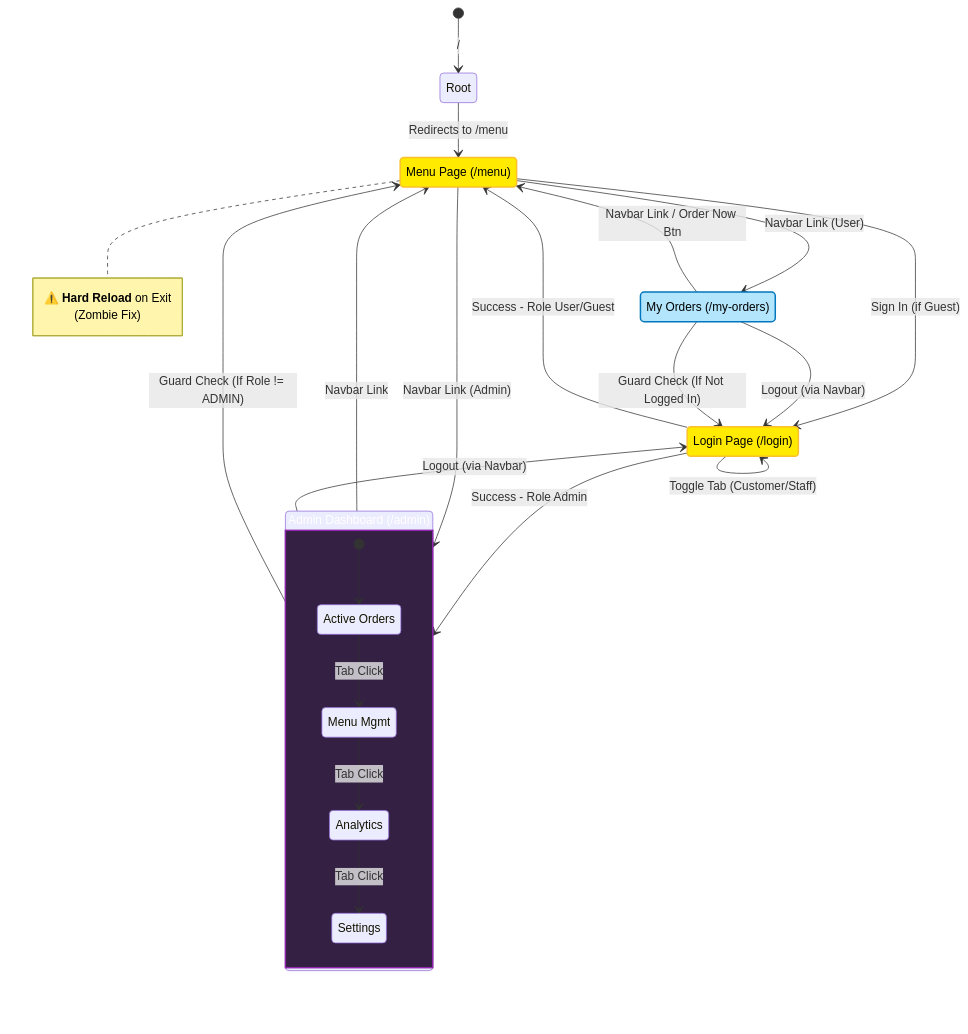
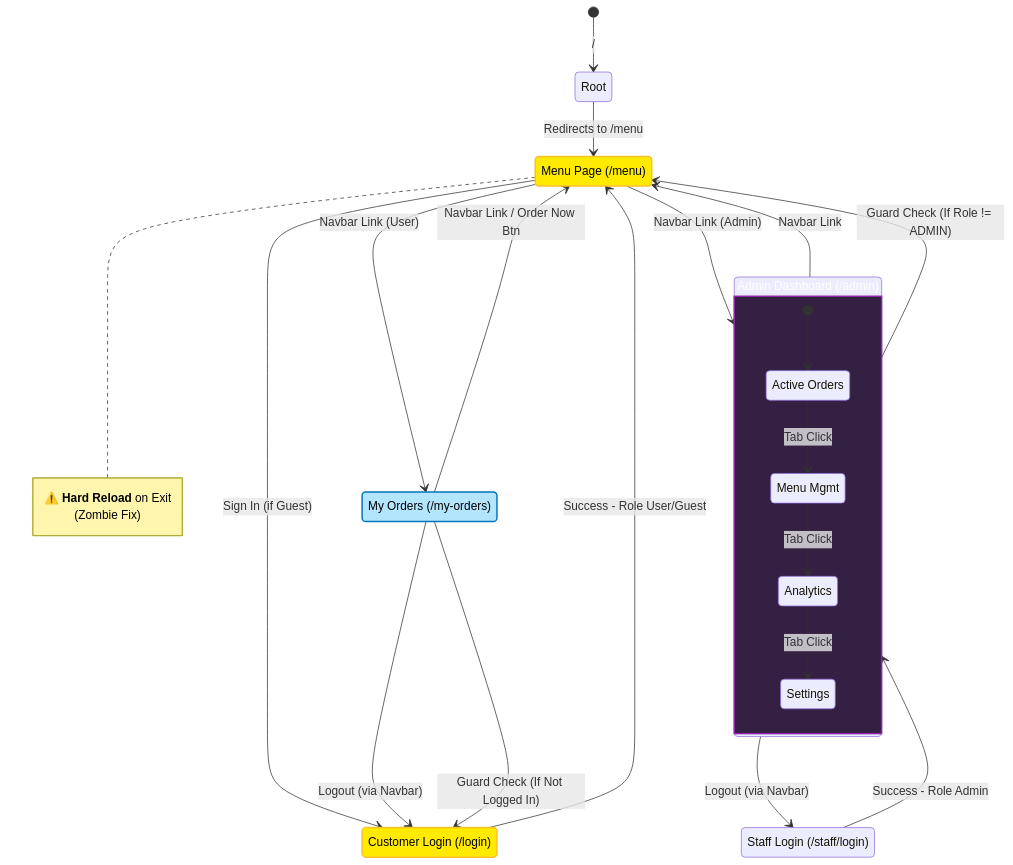
Before and after one commit to itshard2name-gmail/mini-restaurant-app: the diagram in docs/FRONTEND_FLOW.md, drawn with Mermaid. The commit also changed other lines of this file, not shown here.

Commit message:
docs: update logout flow diagram

````diff
--- a/docs/FRONTEND_FLOW.md
+++ b/docs/FRONTEND_FLOW.md
@@ -15,58 +15,59 @@
 ```mermaid
 stateDiagram-v2
     classDef shared fill:#ffea00,color:#000,stroke:#fbc02d,stroke-width:2px;
     classDef admin fill:#332042,color:#fff,stroke:#8e24aa,stroke-width:2px;
     classDef user fill:#b3e5fc,color:#000,stroke:#0277bd,stroke-width:2px;
 
     [*] --> Root: /
     Root --> MenuPage: Redirects to /menu
 
-    state "Login Page (/login)" as Login
+    state "Customer Login (/login)" as Login
+    state "Staff Login (/staff/login)" as StaffLogin
     state "Menu Page (/menu)" as MenuPage
     state "My Orders (/my-orders)" as MyOrders
     state "Admin Dashboard (/admin)" as AdminDashboard
 
     %% --- Login Flow ---
-    Login --> Login: Toggle Tab (Customer/Staff)
     Login --> MenuPage: Success - Role User/Guest
-    Login --> AdminDashboard: Success - Role Admin
+    StaffLogin --> AdminDashboard: Success - Role Admin
 
+    %% --- Navigation Bar (Global) ---
     %% --- Navigation Bar (Global) ---
     MenuPage --> Login: Sign In (if Guest)
     MenuPage --> MyOrders: Navbar Link (User)
     MenuPage --> AdminDashboard: Navbar Link (Admin)
     
     MyOrders --> MenuPage: Navbar Link / Order Now Btn
     MyOrders --> Login: Logout (via Navbar)
 
     AdminDashboard --> MenuPage: Navbar Link
-    AdminDashboard --> Login: Logout (via Navbar)
+    AdminDashboard --> StaffLogin: Logout (via Navbar)
 
     %% --- Internal States: Admin Dashboard ---
     state AdminDashboard {
         [*] --> OrdersTab
         state "Active Orders" as OrdersTab
         state "Menu Mgmt" as MenuTab
         state "Analytics" as AnalyticsTab
         state "Settings" as SettingsTab
 
         OrdersTab --> MenuTab: Tab Click
         MenuTab --> AnalyticsTab: Tab Click
         AnalyticsTab --> SettingsTab: Tab Click
     }
 
     %% --- Edge Cases / Guards ---
     AdminDashboard --> MenuPage: Guard Check (If Role != ADMIN)
     MyOrders --> Login: Guard Check (If Not Logged In)
     
     %% --- Sub-App Specifics ---
     note right of MenuPage
         ⚠️ **Hard Reload** on Exit
         (Zombie Fix)
     end note
 
     class Login shared
     class MenuPage shared
     class AdminDashboard admin
     class MyOrders user
 ```
````
